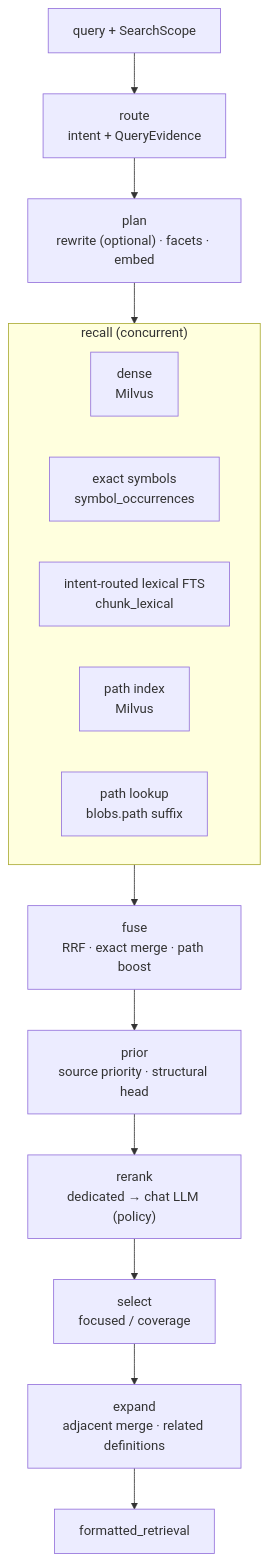
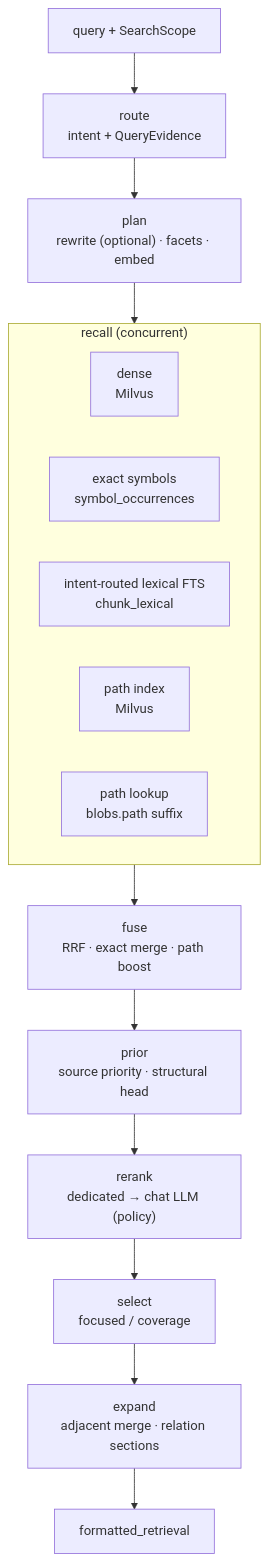
The second of 2 diagrams in README.md (JasonEX/oce), drawn with Mermaid before and after one commit. The commit also changed other lines of this file and 52 other files, not shown here.

````diff
--- a/README.md
+++ b/README.md
@@ -511,20 +521,20 @@
 ```mermaid
 flowchart TB
     Q["query + SearchScope"] --> Route["route<br/>intent + QueryEvidence"]
     Route --> Plan["plan<br/>rewrite (optional) · facets · embed"]
     Plan --> Recall
     subgraph Recall["recall (concurrent)"]
         direction LR
         Dense["dense<br/>Milvus"]
         Exact["exact symbols<br/>symbol_occurrences"]
         Lexical["intent-routed lexical FTS<br/>chunk_lexical"]
         PathIdx["path index<br/>Milvus"]
         PathLookup["path lookup<br/>blobs.path suffix"]
     end
     Recall --> Fuse["fuse<br/>RRF · exact merge · path boost"]
     Fuse --> Prior["prior<br/>source priority · structural head"]
     Prior --> Rerank["rerank<br/>dedicated → chat LLM (policy)"]
     Rerank --> Select["select<br/>focused / coverage"]
-    Select --> Expand["expand<br/>adjacent merge · related definitions"]
+    Select --> Expand["expand<br/>adjacent merge · relation sections"]
     Expand --> Out["formatted_retrieval"]
 ```
````
